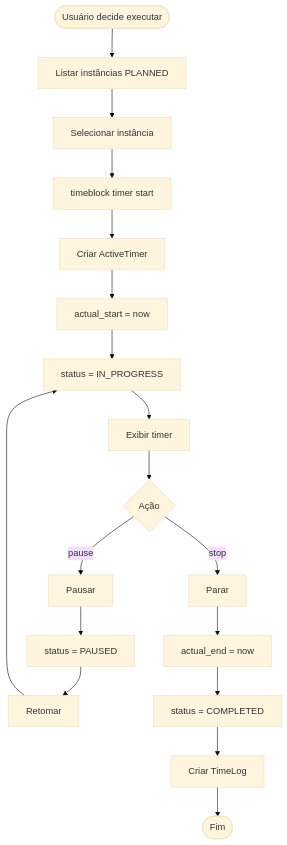
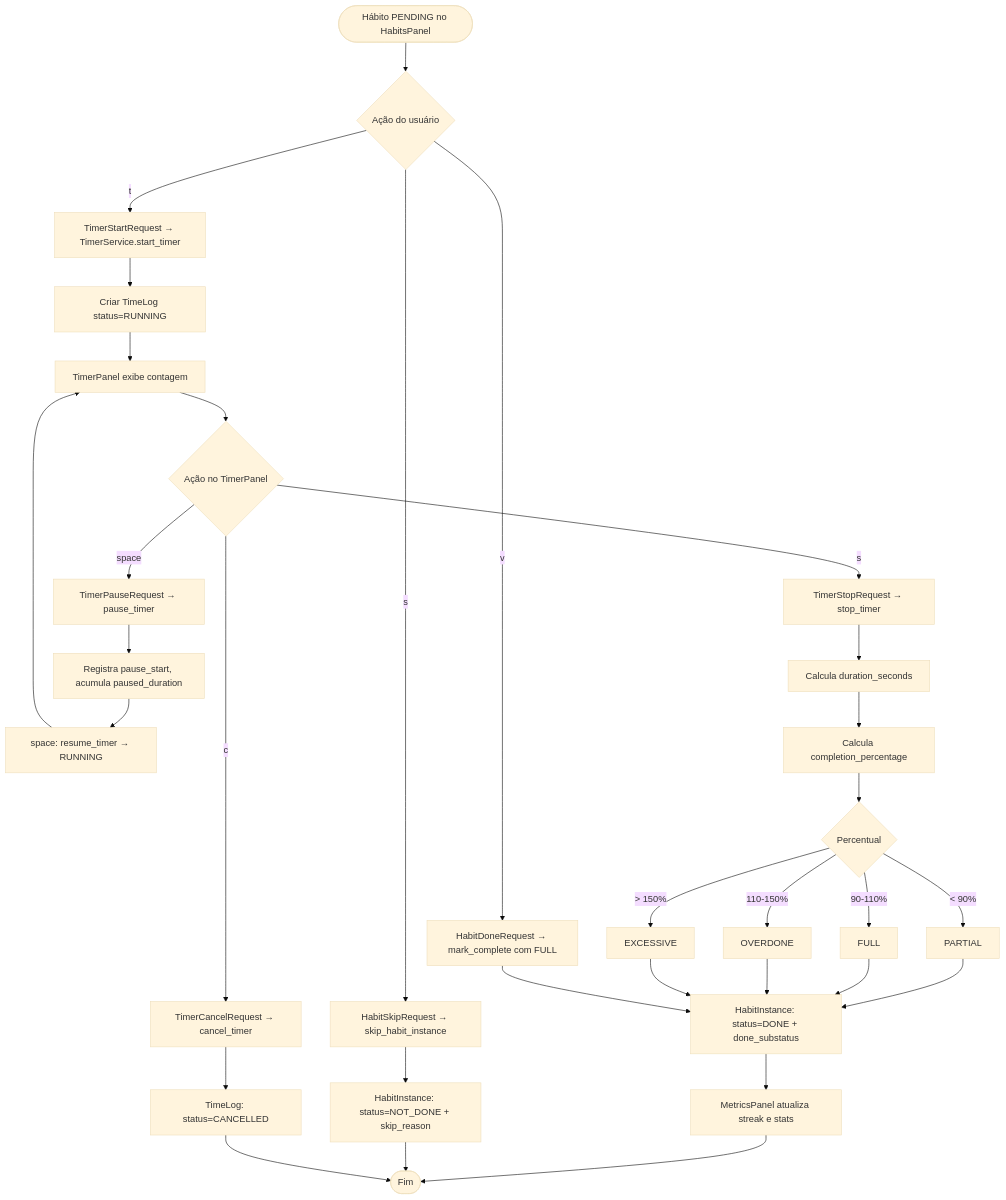
One commit to fabiodelllima/atomvs-timeblock-terminal changed the diagram in docs/diagrams/activity/habit-execution.md. Above: the diagram before and after it, drawn with Mermaid (base theme). The commit also changed other lines of this file, not shown here.

Commit message:
docs(diagrams): Reescreve habit-execution com fluxo real
Remove ActiveTimer fictício e estados IN_PROGRESS/PAUSED/
COMPLETED inexistentes em HabitInstance. Documenta fluxo
real: TimeLog separado de HabitInstance, keybindings
corretos, cálculo automático de substatus no stop.

````diff
--- a/docs/diagrams/activity/habit-execution.md
+++ b/docs/diagrams/activity/habit-execution.md
@@ -6,25 +20,45 @@
 ```mermaid
 flowchart TD
-    Start([Usuário decide executar]) --> List[Listar instâncias PLANNED]
-    List --> Select[Selecionar instância]
-    Select --> StartCmd[timeblock timer start]
+    Start([Hábito PENDING no HabitsPanel]) --> Action{Ação do usuário}
 
-    StartCmd --> CreateTimer[Criar ActiveTimer]
-    CreateTimer --> SetStart[actual_start = now]
-    SetStart --> ChangeStatus[status = IN_PROGRESS]
-    ChangeStatus --> Display[Exibir timer]
+    Action -->|"t"| StartTimer[TimerStartRequest → TimerService.start_timer]
+    Action -->|"v"| ManualDone[HabitDoneRequest → mark_complete com FULL]
+    Action -->|"s"| Skip[HabitSkipRequest → skip_habit_instance]
 
-    Display --> UserAction{Ação}
+    StartTimer --> CreateTimeLog[Criar TimeLog status=RUNNING]
+    CreateTimeLog --> Display[TimerPanel exibe contagem]
 
-    UserAction -->|pause| PauseTimer[Pausar]
-    UserAction -->|stop| StopTimer[Parar]
+    Display --> TimerAction{Ação no TimerPanel}
 
-    PauseTimer --> StatusPaused[status = PAUSED]
-    StatusPaused --> Resume[Retomar]
-    Resume --> ChangeStatus
+    TimerAction -->|"space"| Pause[TimerPauseRequest → pause_timer]
+    TimerAction -->|"s"| Stop[TimerStopRequest → stop_timer]
+    TimerAction -->|"c"| Cancel[TimerCancelRequest → cancel_timer]
 
-    StopTimer --> SetEnd[actual_end = now]
-    SetEnd --> Complete[status = COMPLETED]
-    Complete --> CreateLog[Criar TimeLog]
-    CreateLog --> End([Fim])
+    Pause --> PauseLog[Registra pause_start, acumula paused_duration]
+    PauseLog --> Resume["space: resume_timer → RUNNING"]
+    Resume --> Display
+
+    Stop --> CalcDuration[Calcula duration_seconds]
+    CalcDuration --> CalcPct[Calcula completion_percentage]
+    CalcPct --> Substatus{Percentual}
+
+    Substatus -->|"< 90%"| Partial[PARTIAL]
+    Substatus -->|"90-110%"| Full[FULL]
+    Substatus -->|"110-150%"| Overdone[OVERDONE]
+    Substatus -->|"> 150%"| Excessive[EXCESSIVE]
+
+    Partial --> SetDone
+    Full --> SetDone
+    Overdone --> SetDone
+    Excessive --> SetDone
+
+    SetDone[HabitInstance: status=DONE + done_substatus]
+    SetDone --> UpdateMetrics[MetricsPanel atualiza streak e stats]
+    UpdateMetrics --> End([Fim])
+
+    ManualDone --> SetDone
+    Skip --> SetNotDone[HabitInstance: status=NOT_DONE + skip_reason]
+    SetNotDone --> End
+    Cancel --> CancelLog[TimeLog: status=CANCELLED]
+    CancelLog --> End
 ```
````
